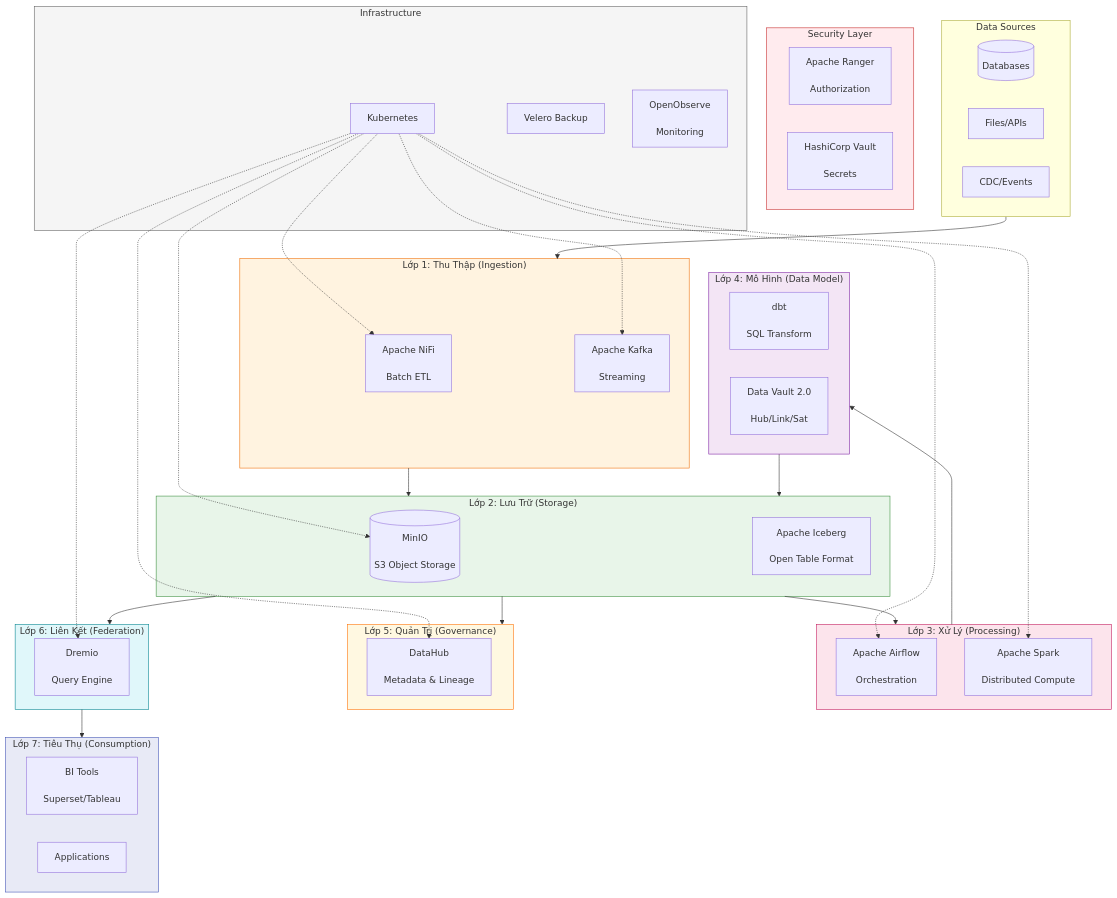
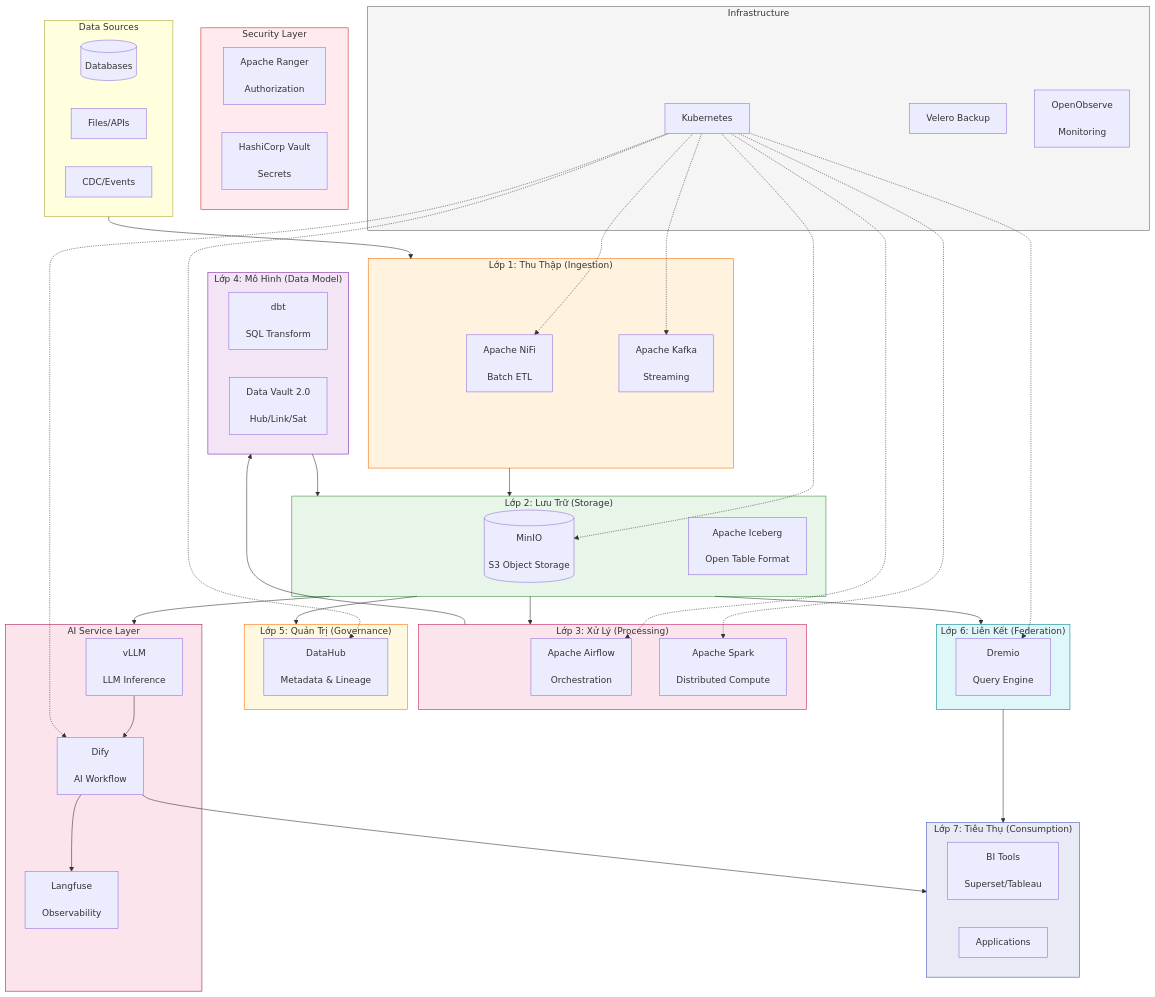
One commit to trangtoan293/hanas-doc changed the first of 2 diagrams in website/docs/00-overview/architecture.md. Above: the diagram before and after it, drawn with Mermaid. The commit also changed other lines of this file and 4 other files, not shown here.

````diff
--- a/website/docs/00-overview/architecture.md
+++ b/website/docs/00-overview/architecture.md
@@ -54,6 +54,15 @@
         Apps[Applications]
     end
     
+    subgraph AI["AI Service Layer"]
+        vLLM[vLLM
+        <br/>LLM Inference]
+        Dify[Dify
+        <br/>AI Workflow]
+        Langfuse[Langfuse
+        <br/>Observability]
+    end
+    
     subgraph Security["Security Layer"]
         Ranger[Apache Ranger
         <br/>Authorization]
@@ -76,6 +85,10 @@
     L2 --> L5
     L2 --> L6
     L6 --> L7
+    L2 --> AI
+    vLLM --> Dify
+    Dify --> Langfuse
+    Dify --> L7
     K8s -.-> NiFi
     K8s -.-> Kafka
     K8s -.-> MinIO
@@ -83,6 +96,7 @@
     K8s -.-> Spark
     K8s -.-> Dremio
     K8s -.-> DataHub
+    K8s -.-> Dify
     style L1 fill:#fff3e0,stroke:#ef6c00
     style L2 fill:#e8f5e9,stroke:#388e3c
     style L3 fill:#fce4ec,stroke:#c2185b
@@ -90,6 +104,7 @@
     style L5 fill:#fff8e1,stroke:#ff6f00
     style L6 fill:#e0f7fa,stroke:#00838f
     style L7 fill:#e8eaf6,stroke:#3f51b5
+    style AI fill:#fce4ec,stroke:#ad1457
     style Security fill:#ffebee,stroke:#c62828
     style Infra fill:#f5f5f5,stroke:#616161
 ```
````
